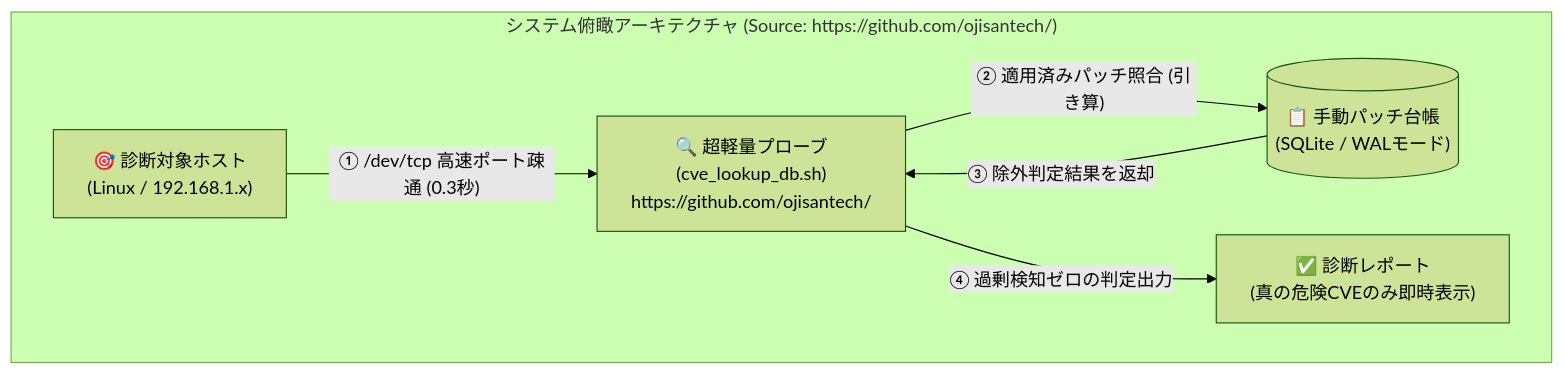
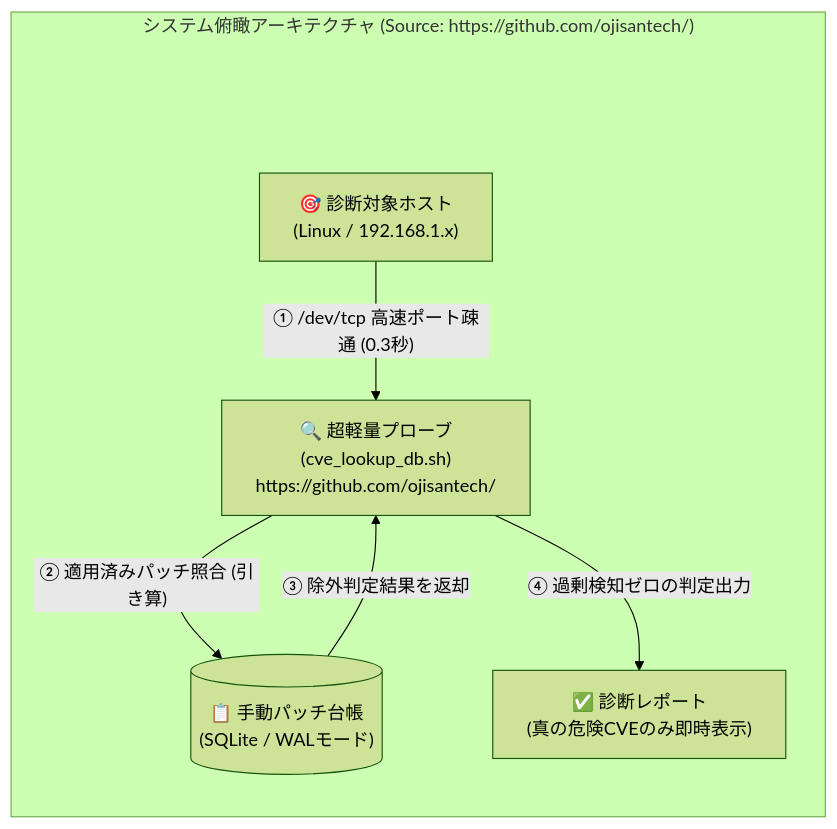
The first of 2 diagrams in QIITA_ARTICLE_DETAIL_1.md (ojisantech/ojisan-arsenal), drawn with Mermaid (forest theme) before and after one commit. The commit also changed other lines of this file, not shown here.

Commit message:
fix(mermaid): add invisible spacers to DETAIL_1.md diagrams to prevent title overlaps

````diff
--- a/QIITA_ARTICLE_DETAIL_1.md
+++ b/QIITA_ARTICLE_DETAIL_1.md
@@ -38,12 +38,15 @@
 ```mermaid
 flowchart TD
     subgraph Arch ["システム俯瞰アーキテクチャ (Source: https://github.com/ojisantech/)"]
+        direction TB
+        spacer_arch[" "] ~~~ Target
+        style spacer_arch fill:none,stroke:none;
         Target["🎯 診断対象ホスト<br/>(Linux / 192.168.1.x)"]
         -->|"① /dev/tcp 高速ポート疎通 (0.3秒)"| Probe["🔍 超軽量プローブ<br/>(cve_lookup_db.sh)<br/>https://github.com/ojisantech/"]
 
         Probe -->|"② 適用済みパッチ照合 (引き算)"| DB[("📋 手動パッチ台帳<br/>(SQLite / WALモード)")]
         DB -->|"③ 除外判定結果を返却"| Probe
 
         Probe -->|"④ 過剰検知ゼロの判定出力"| Report["✅ 診断レポート<br/>(真の危険CVEのみ即時表示)"]
     end
 ```
````
